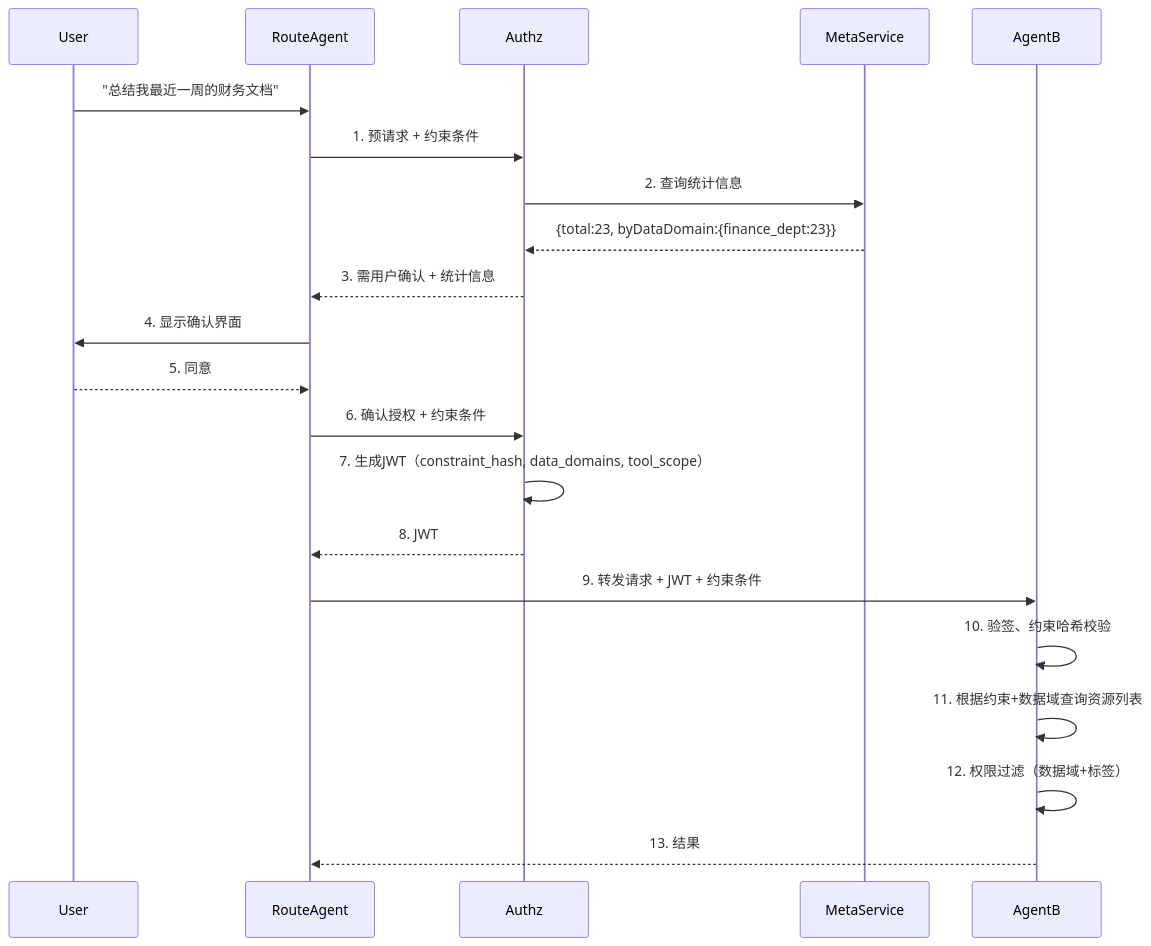
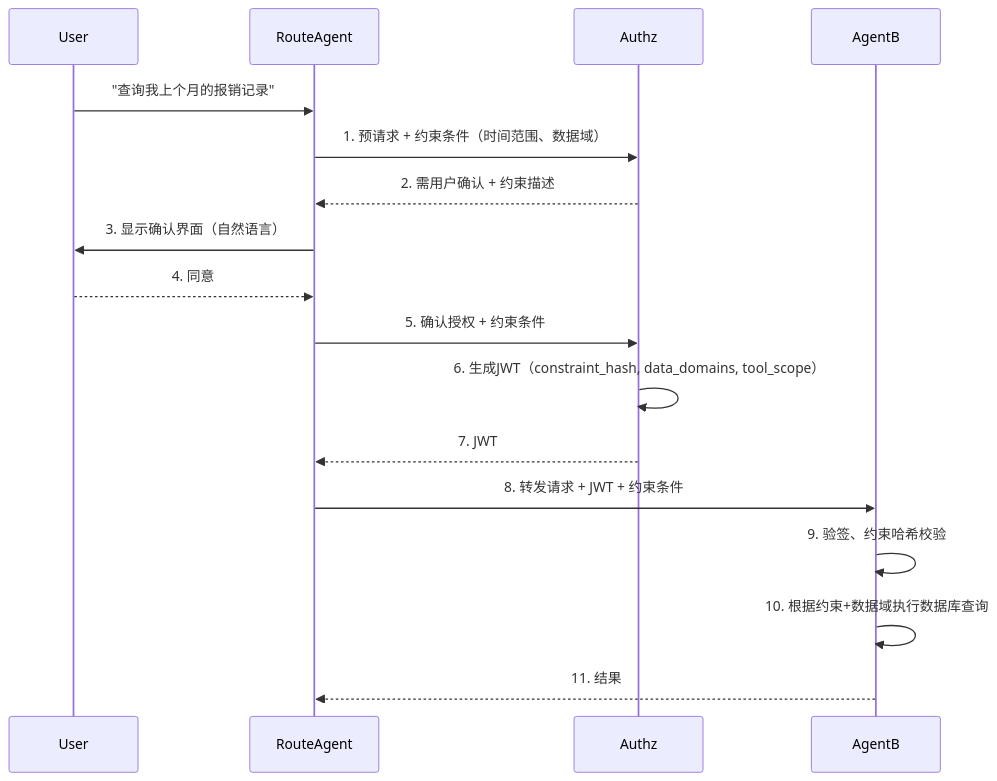
The diagram in security/企业内部 AI Agent 协同平台与权限系统架构设计文档.md (latcn/developer-knowledge), drawn with Mermaid before and after one commit. The commit also changed other lines of this file, not shown here.

````diff
--- a/security/企业内部 AI Agent 协同平台与权限系统架构设计文档.md
+++ b/security/企业内部 AI Agent 协同平台与权限系统架构设计文档.md
@@ -819,24 +593,20 @@
 ```mermaid
 sequenceDiagram
     participant User
     participant RouteAgent
     participant Authz
-    participant MetaService
     participant AgentB
 
-    User->>RouteAgent: "总结我最近一周的财务文档"
-    RouteAgent->>Authz: 1. 预请求 + 约束条件
-    Authz->>MetaService: 2. 查询统计信息
-    MetaService-->>Authz: {total:23, byDataDomain:{finance_dept:23}}
-    Authz-->>RouteAgent: 3. 需用户确认 + 统计信息
-    RouteAgent->>User: 4. 显示确认界面
-    User-->>RouteAgent: 5. 同意
-    RouteAgent->>Authz: 6. 确认授权 + 约束条件
-    Authz->>Authz: 7. 生成JWT（constraint_hash, data_domains, tool_scope）
-    Authz-->>RouteAgent: 8. JWT
-    RouteAgent->>AgentB: 9. 转发请求 + JWT + 约束条件
-    AgentB->>AgentB: 10. 验签、约束哈希校验
-    AgentB->>AgentB: 11. 根据约束+数据域查询资源列表
-    AgentB->>AgentB: 12. 权限过滤（数据域+标签）
-    AgentB-->>RouteAgent: 13. 结果
+    User->>RouteAgent: "查询我上个月的报销记录"
+    RouteAgent->>Authz: 1. 预请求 + 约束条件（时间范围、数据域）
+    Authz-->>RouteAgent: 2. 需用户确认 + 约束描述
+    RouteAgent->>User: 3. 显示确认界面（自然语言）
+    User-->>RouteAgent: 4. 同意
+    RouteAgent->>Authz: 5. 确认授权 + 约束条件
+    Authz->>Authz: 6. 生成JWT（constraint_hash, data_domains, tool_scope）
+    Authz-->>RouteAgent: 7. JWT
+    RouteAgent->>AgentB: 8. 转发请求 + JWT + 约束条件
+    AgentB->>AgentB: 9. 验签、约束哈希校验
+    AgentB->>AgentB: 10. 根据约束+数据域执行数据库查询
+    AgentB-->>RouteAgent: 11. 结果
 ```
````
